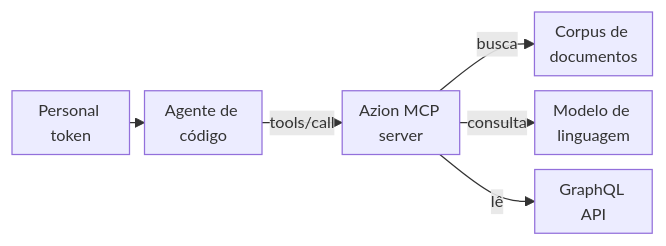
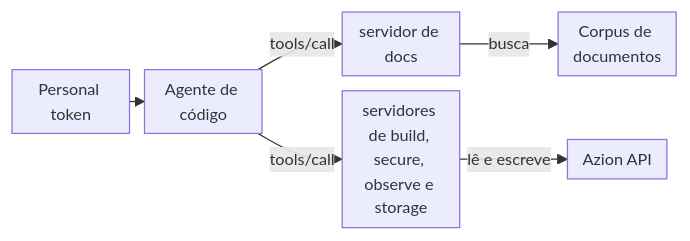
One commit to aziontech/docs changed the diagram in src/content/docs/pt-br/pages/devtools/mcp/mcp-overview.mdx. Above: the diagram before and after it, drawn with Mermaid. The commit also changed other lines of this file and 50 other files, not shown here.

First line of the commit message:
docs(mcp): move the MCP docs to the five domain MCP servers

````diff
--- a/src/content/docs/pt-br/pages/devtools/mcp/mcp-overview.mdx
+++ b/src/content/docs/pt-br/pages/devtools/mcp/mcp-overview.mdx
@@ -74,9 +82,9 @@
 ```mermaid
 %%{init: {"layout": "dagre", "themeVariables": {"fontSize": "13px"}, "flowchart": {"nodeSpacing": 12, "rankSpacing": 12, "padding": 6, "wrappingWidth": 70, "minNodeWidth": 40, "useMaxWidth": true}}}%%
 flowchart LR
   Token["Personal token"] --> Agent["Agente de código"]
-  Agent -->|"tools/call"| Server["Azion MCP server"]
-  Server -->|"busca"| Corpus["Corpus de documentos"]
-  Server -->|"consulta"| Model["Modelo de linguagem"]
-  Server -->|"lê"| Gql["GraphQL API"]
+  Agent -->|"tools/call"| Docs["servidor de docs"]
+  Agent -->|"tools/call"| Domain["servidores de build, secure, observe e storage"]
+  Docs -->|"busca"| Corpus["Corpus de documentos"]
+  Domain -->|"lê e escreve"| Api["Azion API"]
 ```
````
